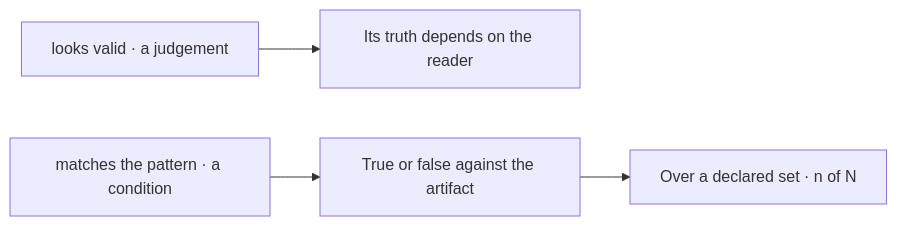
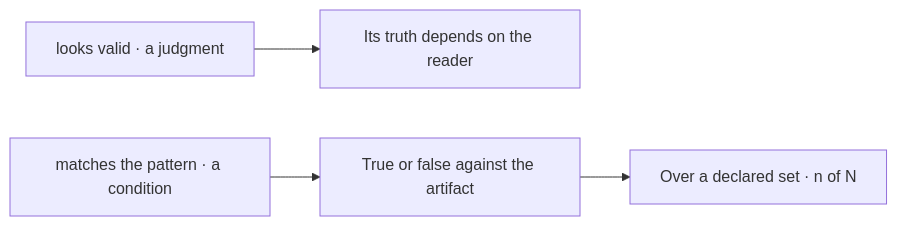
The second of 4 diagrams in pag/VALIDATION.md (Varietyz/Disciplined-AI-Software-Development), drawn with Mermaid before and after one commit. The commit also changed other lines of this file and 3600 other files, not shown here.

````diff
--- a/pag/VALIDATION.md
+++ b/pag/VALIDATION.md
@@ -95,10 +95,10 @@
 ```mermaid
 flowchart LR
-judgement["looks valid · a judgement"]
-who["Its truth depends on the reader"]
-condition["matches the pattern · a condition"]
-what["True or false against the artifact"]
-domain["Over a declared set · n of N"]
-judgement --> who
-condition --> what --> domain
+    judgment["looks valid · a judgment"]
+    who["Its truth depends on the reader"]
+    condition["matches the pattern · a condition"]
+    what["True or false against the artifact"]
+    domain["Over a declared set · n of N"]
+    judgment --> who
+    condition --> what --> domain
 ```
````
